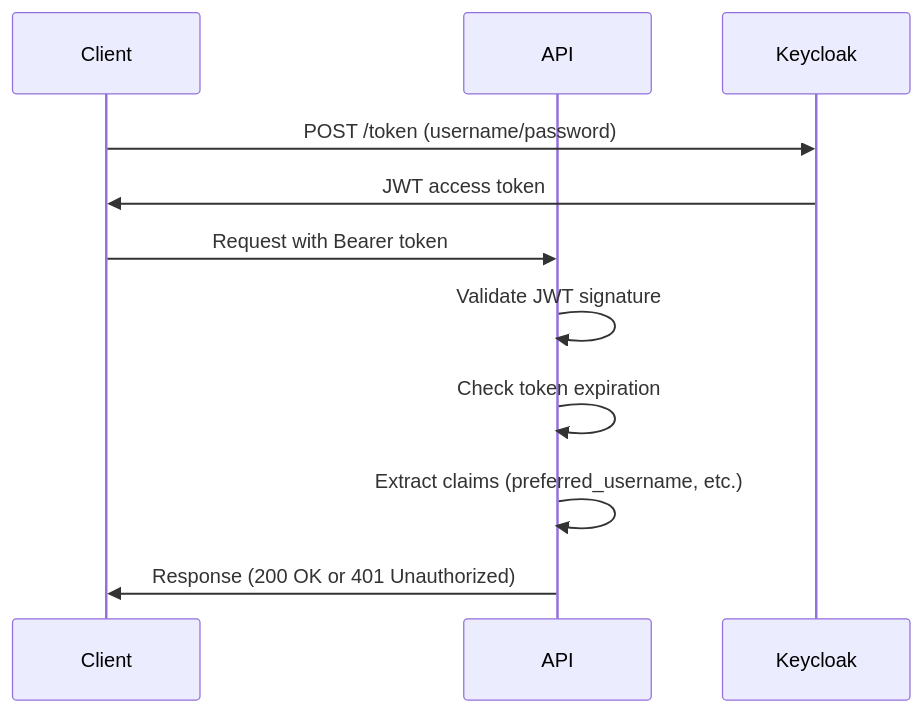
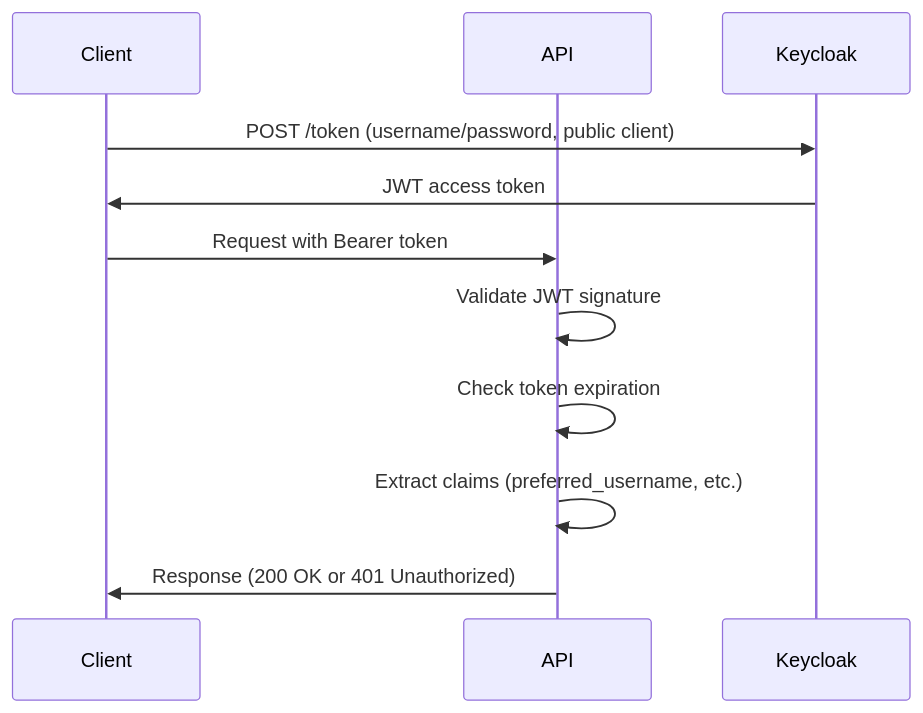
One commit to LadislavSopko/net-api-with-mcp changed the third of 10 diagrams in docs/MCP-COMPLETE-INTEGRATION-GUIDE.md. Above: the diagram before and after it, drawn with Mermaid. The commit also changed other lines of this file and 4 other files, not shown here.

````diff
--- a/docs/MCP-COMPLETE-INTEGRATION-GUIDE.md
+++ b/docs/MCP-COMPLETE-INTEGRATION-GUIDE.md
@@ -1062,14 +1510,14 @@
 ```mermaid
 sequenceDiagram
     participant Client
     participant API
     participant Keycloak
 
-    Client->>Keycloak: POST /token (username/password)
+    Client->>Keycloak: POST /token (username/password, public client)
     Keycloak->>Client: JWT access token
     Client->>API: Request with Bearer token
     API->>API: Validate JWT signature
     API->>API: Check token expiration
     API->>API: Extract claims (preferred_username, etc.)
     API->>Client: Response (200 OK or 401 Unauthorized)
 ```
````
